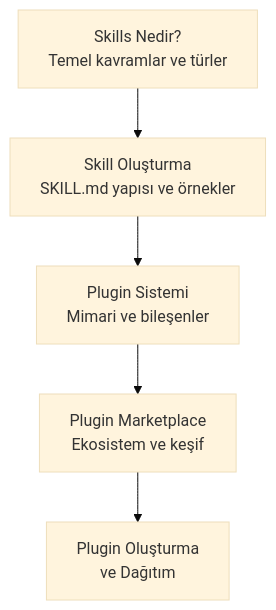
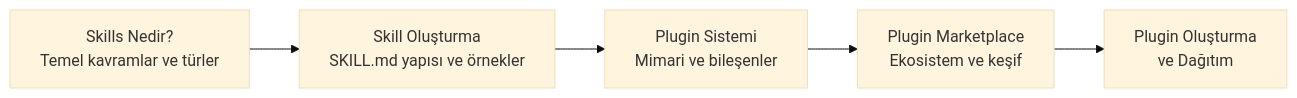
Before and after one commit to IzzetYasinAtes/ClaudeCodeHandbook: the first of 2 diagrams in 12-skills-ve-pluginler/README.md, drawn with Mermaid (base theme). The commit also changed other lines of this file and 145 other files, not shown here.

Commit message:
Updated README and various markdown files to enhance readability by replacing newline characters with HTML line breaks in flowcharts and diagrams. This improves the visual presentation of content related to AI fundamentals, large language models, and their applications.

````diff
--- a/12-skills-ve-pluginler/README.md
+++ b/12-skills-ve-pluginler/README.md
@@ -7,7 +7,7 @@
 ```mermaid
-flowchart TD
-    A["Skills Nedir?\nTemel kavramlar ve türler"] --> B["Skill Oluşturma\nSKILL.md yapısı ve örnekler"]
-    B --> C["Plugin Sistemi\nMimari ve bileşenler"]
-    C --> D["Plugin Marketplace\nEkosistem ve keşif"]
-    D --> E["Plugin Oluşturma\nve Dağıtım"]
+flowchart LR
+    A["Skills Nedir?<br/>Temel kavramlar ve türler"] --> B["Skill Oluşturma<br/>SKILL.md yapısı ve örnekler"]
+    B --> C["Plugin Sistemi<br/>Mimari ve bileşenler"]
+    C --> D["Plugin Marketplace<br/>Ekosistem ve keşif"]
+    D --> E["Plugin Oluşturma<br/>ve Dağıtım"]
 ```
````
